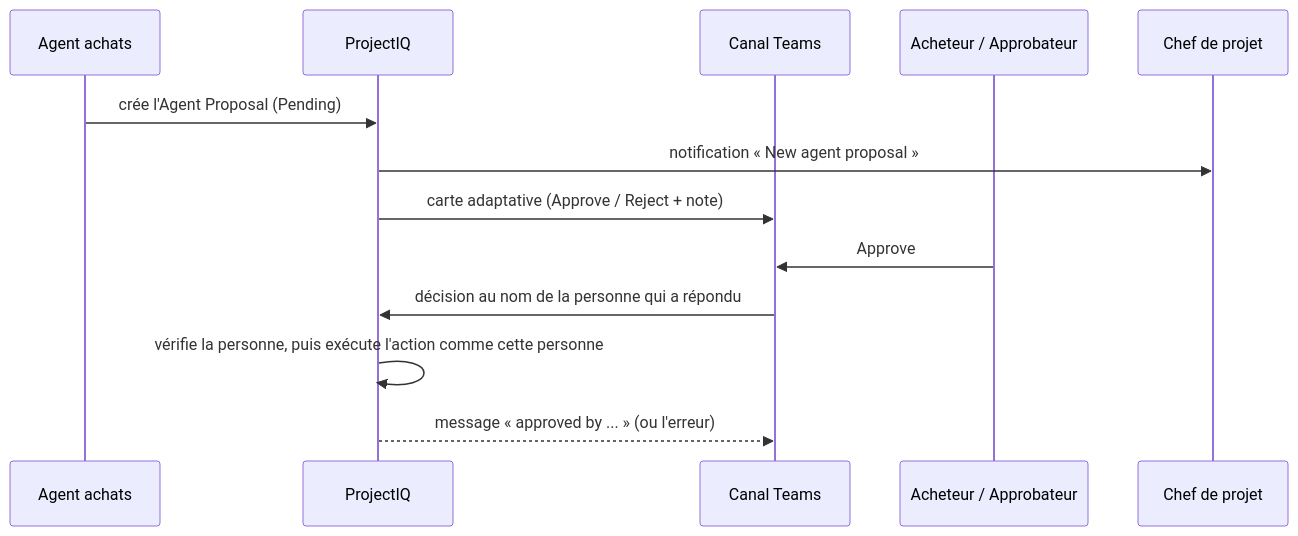
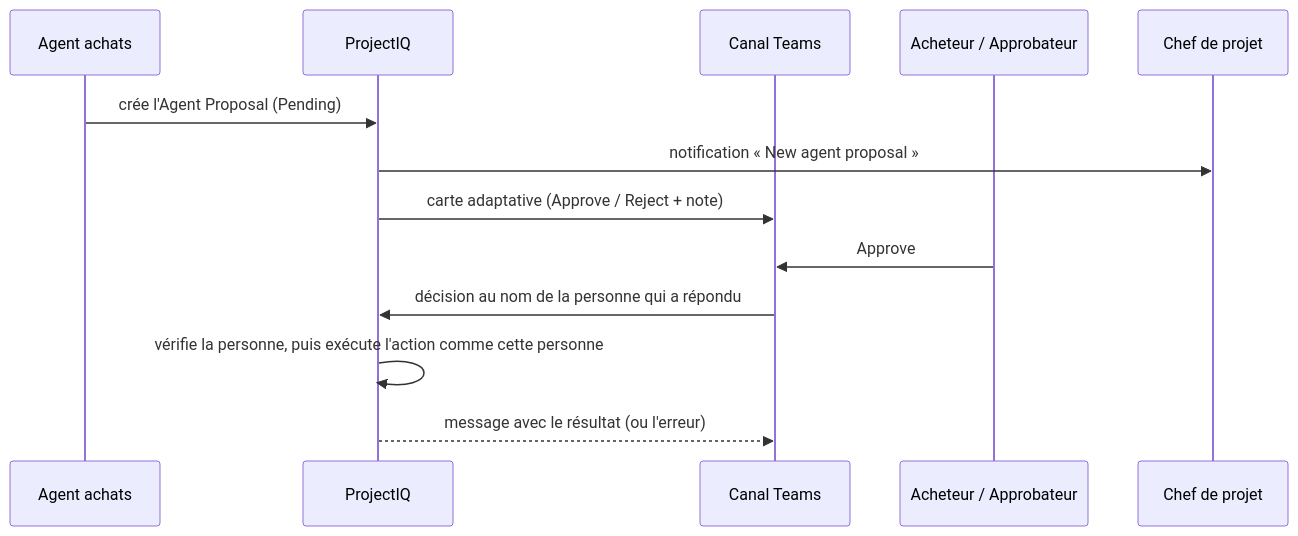
The third of 3 diagrams in docs/fr/sourcing-agent.md (Power-Builders-Italia/ProjectIQ), drawn with Mermaid before and after one commit. The commit also changed other lines of this file and 11 other files, not shown here.

````diff
--- a/docs/fr/sourcing-agent.md
+++ b/docs/fr/sourcing-agent.md
@@ -138,15 +138,15 @@
 ```mermaid
 sequenceDiagram
     participant AG as Agent achats
     participant DV as ProjectIQ
     participant TM as Canal Teams
     participant B as Acheteur / Approbateur
     participant PM as Chef de projet
     AG->>DV: crée l'Agent Proposal (Pending)
     DV->>PM: notification « New agent proposal »
     DV->>TM: carte adaptative (Approve / Reject + note)
     B->>TM: Approve
     TM->>DV: décision au nom de la personne qui a répondu
     DV->>DV: vérifie la personne, puis exécute l'action comme cette personne
-    DV-->>TM: message « approved by ... » (ou l'erreur)
+    DV-->>TM: message avec le résultat (ou l'erreur)
 ```
````
